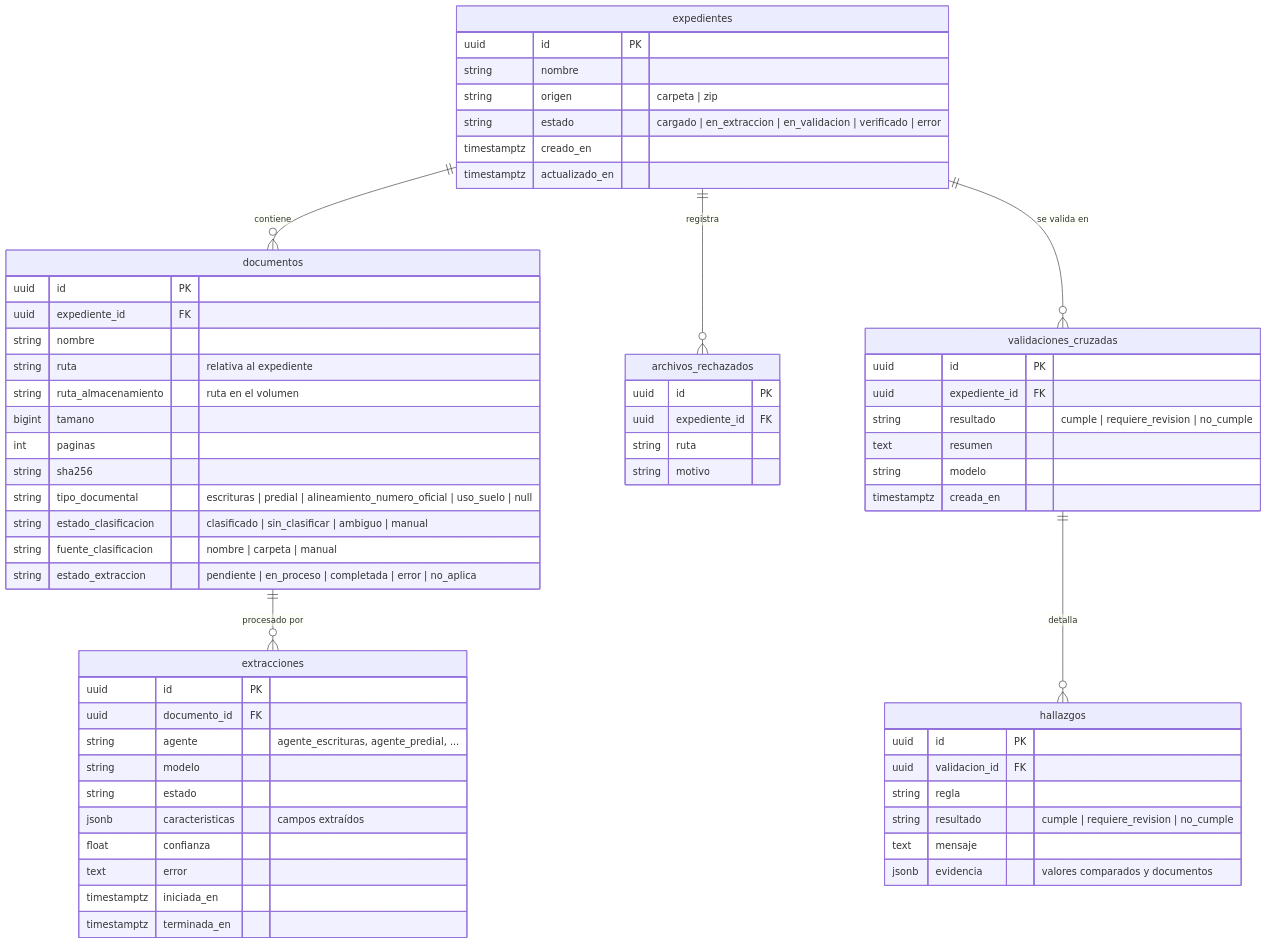
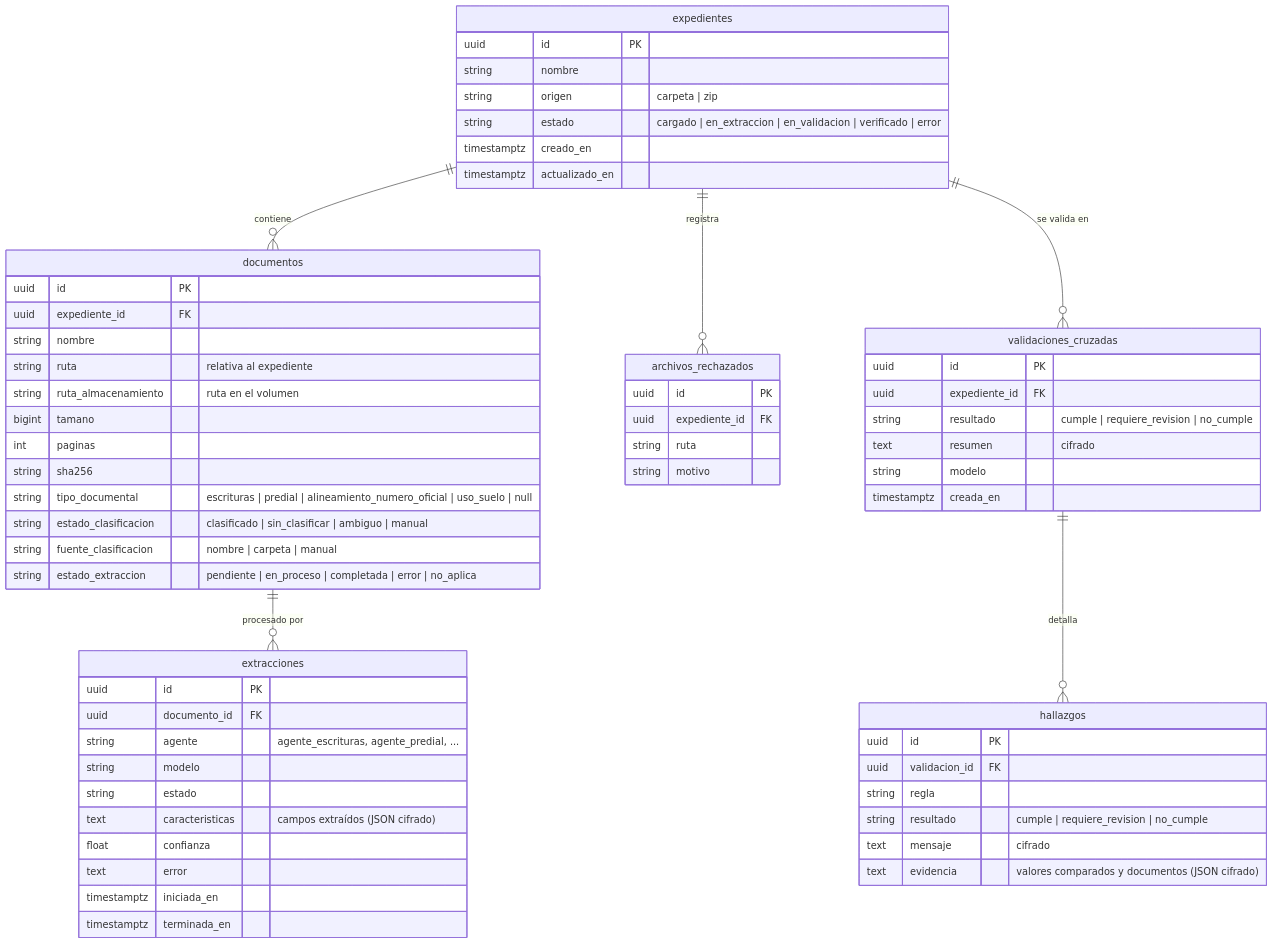
Before and after one commit to Shawdog56/expedientes_hackaton3b: the diagram in docs/base-de-datos.md, drawn with Mermaid. The commit also changed other lines of this file and 24 other files, not shown here.

````diff
--- a/docs/base-de-datos.md
+++ b/docs/base-de-datos.md
@@ -17,65 +17,65 @@
 ```mermaid
 erDiagram
     expedientes ||--o{ documentos : contiene
     expedientes ||--o{ archivos_rechazados : registra
     expedientes ||--o{ validaciones_cruzadas : "se valida en"
     documentos ||--o{ extracciones : "procesado por"
     validaciones_cruzadas ||--o{ hallazgos : detalla
 
     expedientes {
         uuid id PK
         string nombre
         string origen "carpeta | zip"
         string estado "cargado | en_extraccion | en_validacion | verificado | error"
         timestamptz creado_en
         timestamptz actualizado_en
     }
     documentos {
         uuid id PK
         uuid expediente_id FK
         string nombre
         string ruta "relativa al expediente"
         string ruta_almacenamiento "ruta en el volumen"
         bigint tamano
         int paginas
         string sha256
         string tipo_documental "escrituras | predial | alineamiento_numero_oficial | uso_suelo | null"
         string estado_clasificacion "clasificado | sin_clasificar | ambiguo | manual"
         string fuente_clasificacion "nombre | carpeta | manual"
         string estado_extraccion "pendiente | en_proceso | completada | error | no_aplica"
     }
     archivos_rechazados {
         uuid id PK
         uuid expediente_id FK
         string ruta
         string motivo
     }
     extracciones {
         uuid id PK
         uuid documento_id FK
         string agente "agente_escrituras, agente_predial, ..."
         string modelo
         string estado
-        jsonb caracteristicas "campos extraídos"
+        text caracteristicas "campos extraídos (JSON cifrado)"
         float confianza
         text error
         timestamptz iniciada_en
         timestamptz terminada_en
     }
     validaciones_cruzadas {
         uuid id PK
         uuid expediente_id FK
         string resultado "cumple | requiere_revision | no_cumple"
-        text resumen
+        text resumen "cifrado"
         string modelo
         timestamptz creada_en
     }
     hallazgos {
         uuid id PK
         uuid validacion_id FK
         string regla
         string resultado "cumple | requiere_revision | no_cumple"
-        text mensaje
-        jsonb evidencia "valores comparados y documentos"
+        text mensaje "cifrado"
+        text evidencia "valores comparados y documentos (JSON cifrado)"
     }
 ```
````
